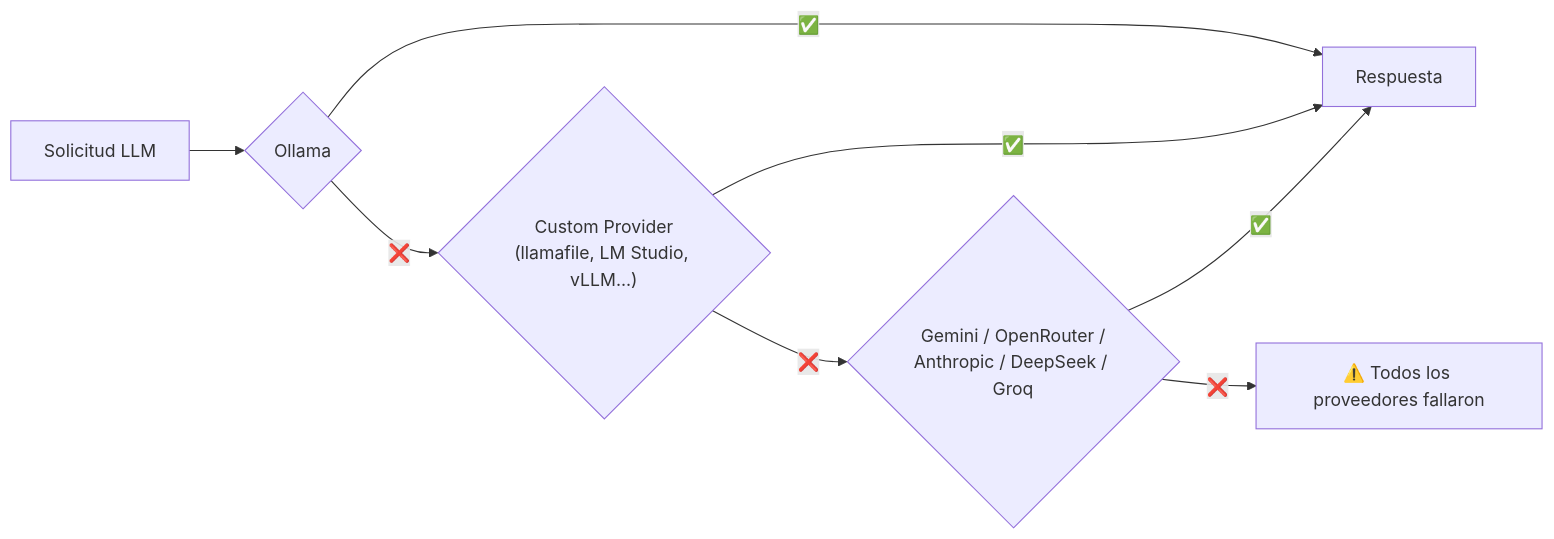
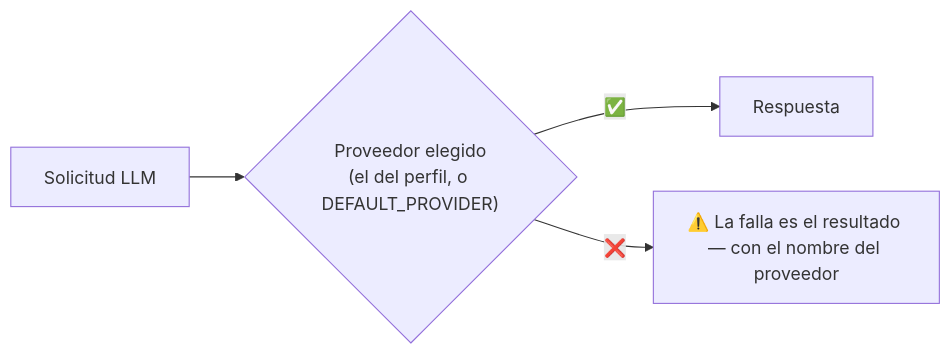
One commit to rovanni/NewClaw changed the fifth of 5 diagrams in docs/TECHNICAL_OVERVIEW.es.md. Above: the diagram before and after it, drawn with Mermaid. The commit also changed other lines of this file and 27 other files, not shown here.

````diff
--- a/docs/TECHNICAL_OVERVIEW.es.md
+++ b/docs/TECHNICAL_OVERVIEW.es.md
@@ -234,10 +234,6 @@
 ```mermaid
 flowchart LR
-    A["Solicitud LLM"] --> O{"Ollama"}
-    O -->|"✅"| Z["Respuesta"]
-    O -->|"❌"| C{"Custom Provider\n(llamafile, LM Studio, vLLM...)"}
-    C -->|"✅"| Z
-    C -->|"❌"| G{"Gemini / OpenRouter /\nAnthropic / DeepSeek / Groq"}
-    G -->|"✅"| Z
-    G -->|"❌"| F["⚠️ Todos los proveedores fallaron"]
+    A["Solicitud LLM"] --> P{"Proveedor elegido\n(el del perfil, o DEFAULT_PROVIDER)"}
+    P -->|"✅"| Z["Respuesta"]
+    P -->|"❌"| F["⚠️ La falla es el resultado — con el nombre del proveedor"]
 ```
````
